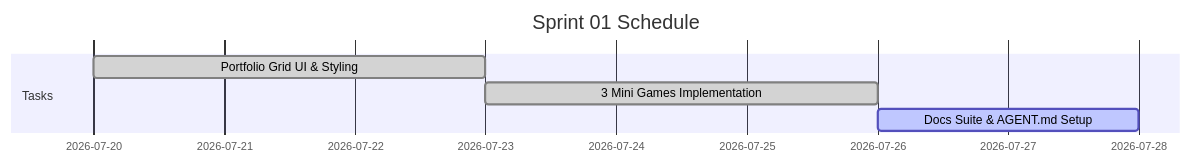
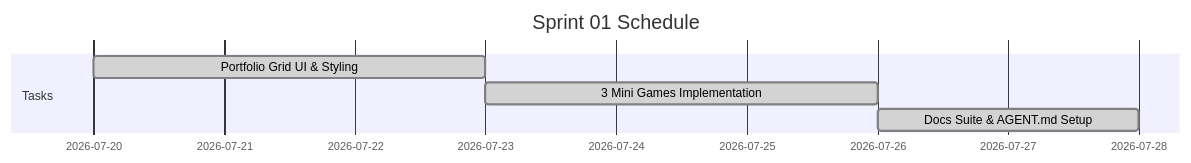
One commit to nopponaim603/webJS changed the diagram in docs/agile/sprint-backlogs/sprint-01.md. Above: the diagram before and after it, drawn with Mermaid. The commit also changed other lines of this file and 41 other files, not shown here.

````diff
--- a/docs/agile/sprint-backlogs/sprint-01.md
+++ b/docs/agile/sprint-backlogs/sprint-01.md
@@ -10,9 +12,9 @@
 ```mermaid
 gantt
     title Sprint 01 Schedule
     dateFormat  YYYY-MM-DD
     section Tasks
     Portfolio Grid UI & Styling  :done, 2026-07-20, 3d
     3 Mini Games Implementation  :done, 2026-07-23, 3d
-    Docs Suite & AGENT.md Setup :active, 2026-07-26, 2d
+    Docs Suite & AGENT.md Setup :done, 2026-07-26, 2d
 ```
````
